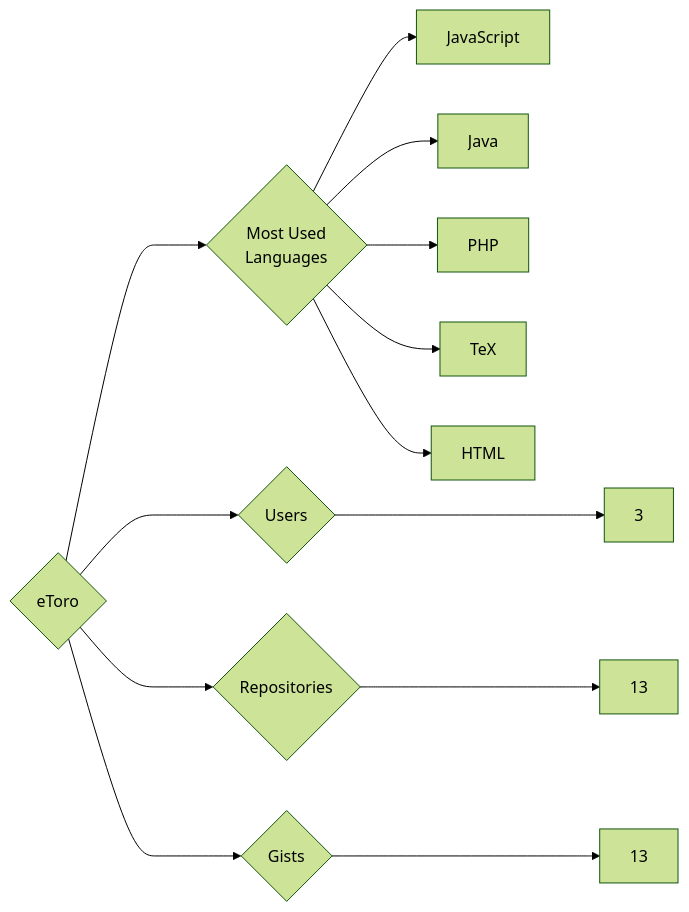
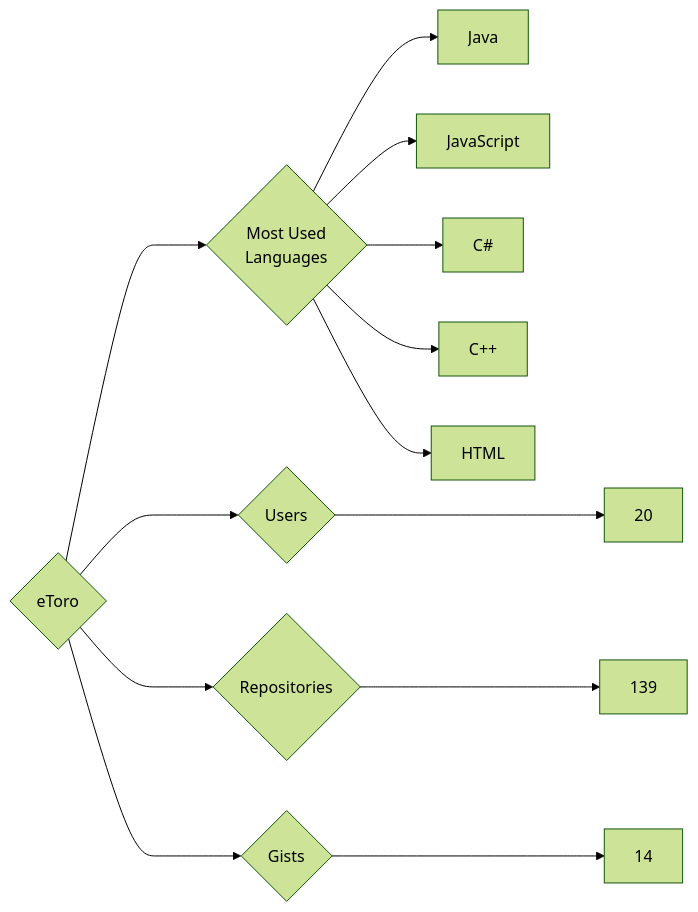
One commit to trickest/insiders changed the diagram in targets/eToro/README.md. Above: the diagram before and after it, drawn with Mermaid (forest theme). The commit also changed 860 other files, not shown here.

````diff
--- a/targets/eToro/README.md
+++ b/targets/eToro/README.md
@@ -3,13 +3,13 @@
 ```mermaid
 graph LR
 COMPANY_NAME{eToro}
-COMPANY_NAME ---> U{Users} ---> UN[3]
-COMPANY_NAME ---> R{Repositories} ---> RN[13]
-COMPANY_NAME ---> G{Gists} ---> GN[13]
+COMPANY_NAME ---> U{Users} ---> UN[20]
+COMPANY_NAME ---> R{Repositories} ---> RN[139]
+COMPANY_NAME ---> G{Gists} ---> GN[14]
 COMPANY_NAME ---> ML{Most Used<br>Languages}
+ML --> Java[Java]
 ML --> JavaScript[JavaScript]
-ML --> Java[Java]
-ML --> PHP[PHP]
-ML --> TeX[TeX]
+ML --> C#[C#]
+ML --> C++[C++]
 ML --> HTML[HTML]
 ```
````
